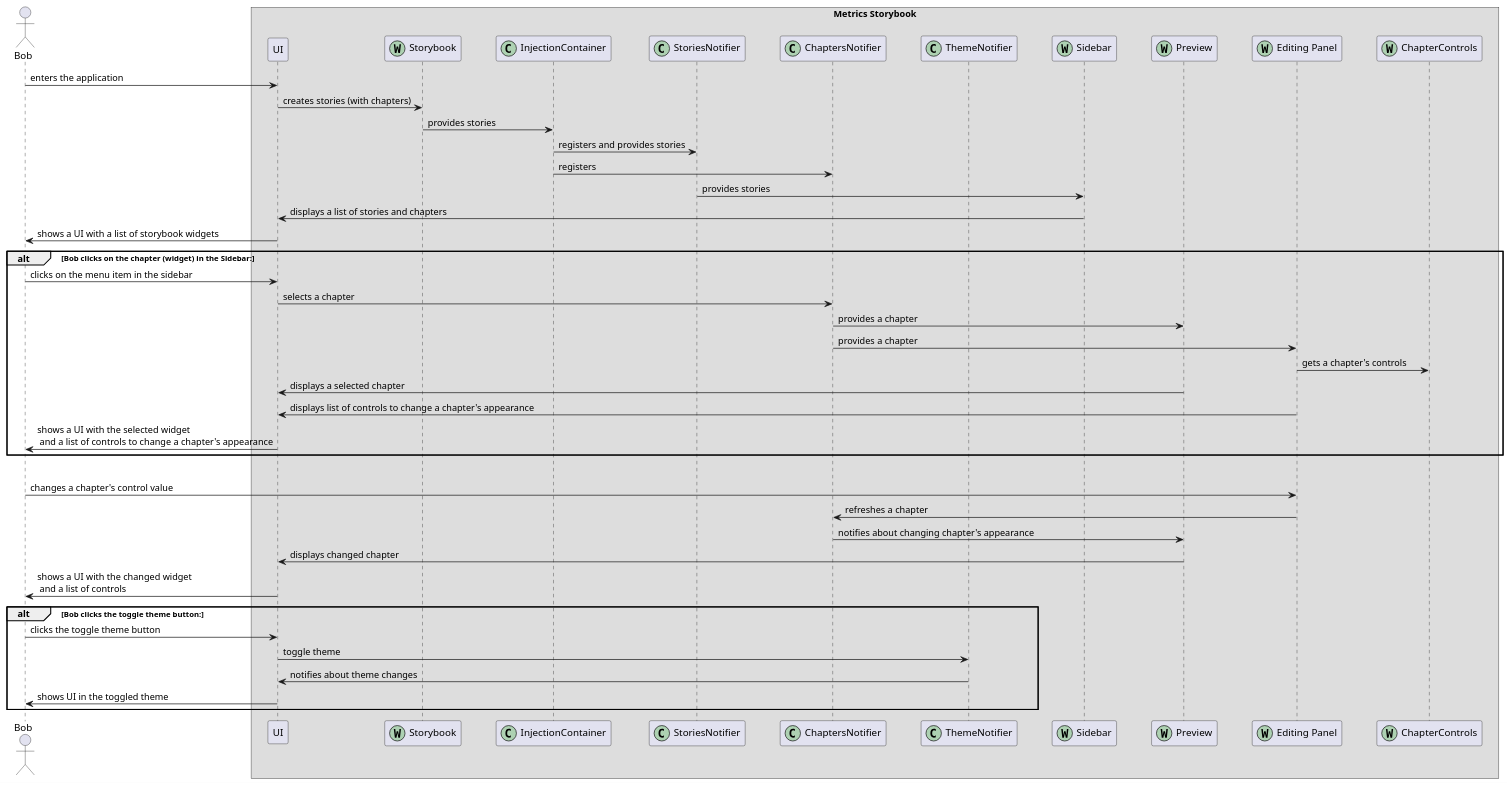
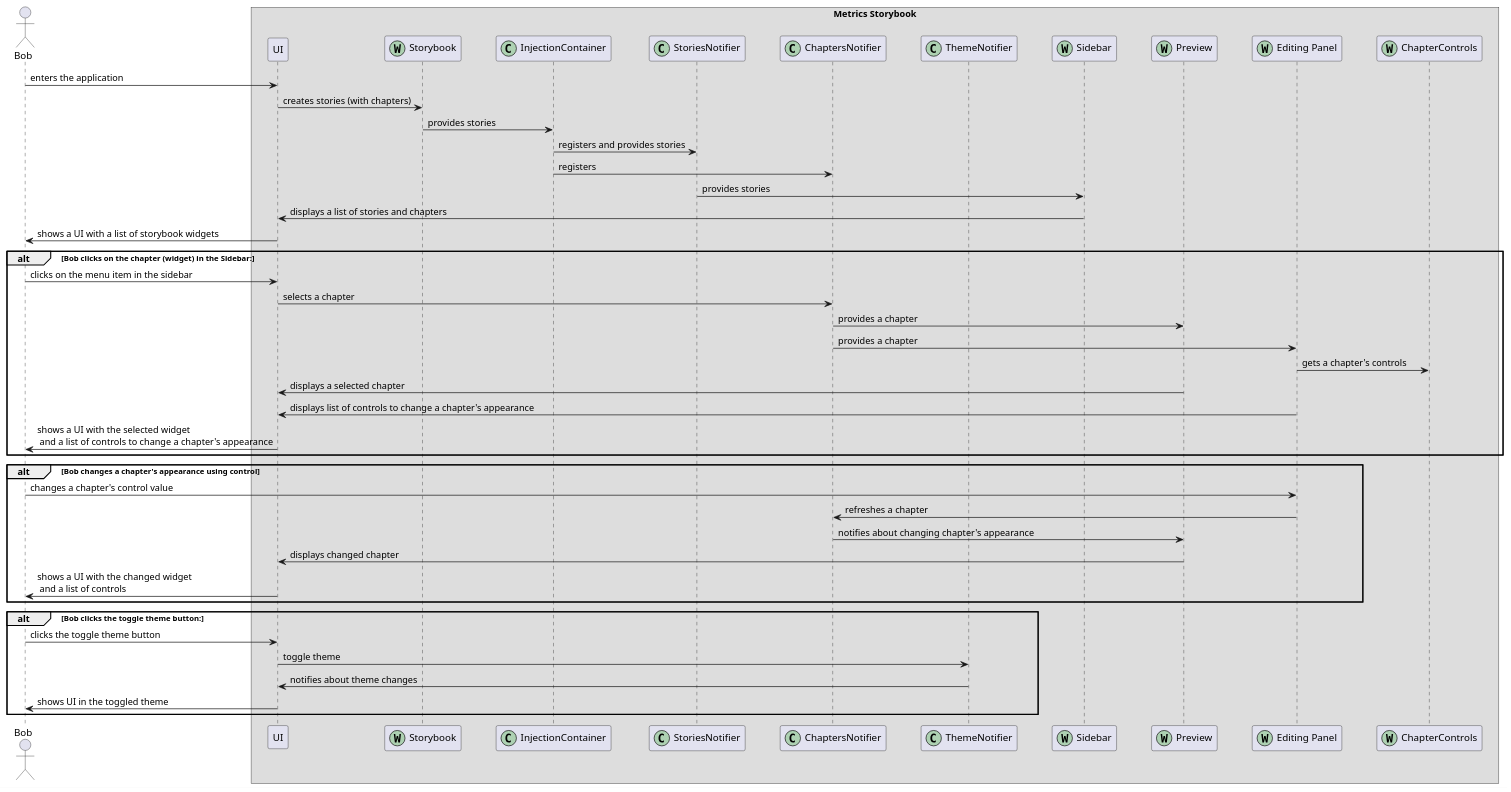
The diagram in metrics/web/docs/features/storybook/diagrams/metrics_storybook_sequence_diagram.puml (Flank/flank-dashboard), drawn with PlantUML before and after one commit.

Commit message:
Minor fix

```diff
--- a/metrics/web/docs/features/storybook/diagrams/metrics_storybook_sequence_diagram.puml
+++ b/metrics/web/docs/features/storybook/diagrams/metrics_storybook_sequence_diagram.puml
@@ -1,55 +1,56 @@
 @startuml metrics_storybook_sequence_diagram
 
 skinparam ParticipantPadding 20
 skinparam BoxPadding 10
     
 actor Bob
 
 box "Metrics Storybook"
     participant UI
     participant Storybook << (W,#ADD1B2) >>
     participant InjectionContainer << (C,#ADD1B2) >>
     participant StoriesNotifier << (C,#ADD1B2) >>
     participant ChaptersNotifier << (C,#ADD1B2) >>
     participant ThemeNotifier << (C,#ADD1B2) >>
     participant Sidebar << (W,#ADD1B2) >>
     participant Preview << (W,#ADD1B2) >>
     participant "Editing Panel" as EP << (W,#ADD1B2) >>
     participant ChapterControls << (W,#ADD1B2) >>
 end box
 
 Bob -> UI : enters the application
 UI -> Storybook : creates stories (with chapters)
 Storybook -> InjectionContainer : provides stories
 InjectionContainer -> StoriesNotifier : registers and provides stories
 InjectionContainer -> ChaptersNotifier : registers
 StoriesNotifier -> Sidebar : provides stories
 Sidebar -> UI : displays a list of stories and chapters
 UI -> Bob : shows a UI with a list of storybook widgets
 
 alt Bob clicks on the chapter (widget) in the Sidebar:
     Bob -> UI : clicks on the menu item in the sidebar
     UI -> ChaptersNotifier : selects a chapter
     ChaptersNotifier -> Preview : provides a chapter
     ChaptersNotifier -> EP : provides a chapter
     EP -> ChapterControls : gets a chapter's controls
     Preview -> UI : displays a selected chapter
     EP -> UI : displays list of controls to change a chapter's appearance
     UI -> Bob : shows a UI with the selected widget\n and a list of controls to change a chapter's appearance
 end
 
 alt Bob changes a chapter's appearance using control
     Bob -> EP : changes a chapter's control value
     EP -> ChaptersNotifier : refreshes a chapter
     ChaptersNotifier -> Preview : notifies about changing chapter's appearance
     Preview -> UI : displays changed chapter
     UI -> Bob : shows a UI with the changed widget\n and a list of controls
+end
 
 alt Bob clicks the toggle theme button:
     Bob -> UI : clicks the toggle theme button
     UI -> ThemeNotifier : toggle theme
     ThemeNotifier -> UI : notifies about theme changes
     UI -> Bob : shows UI in the toggled theme
 end
 
 @enduml
```
